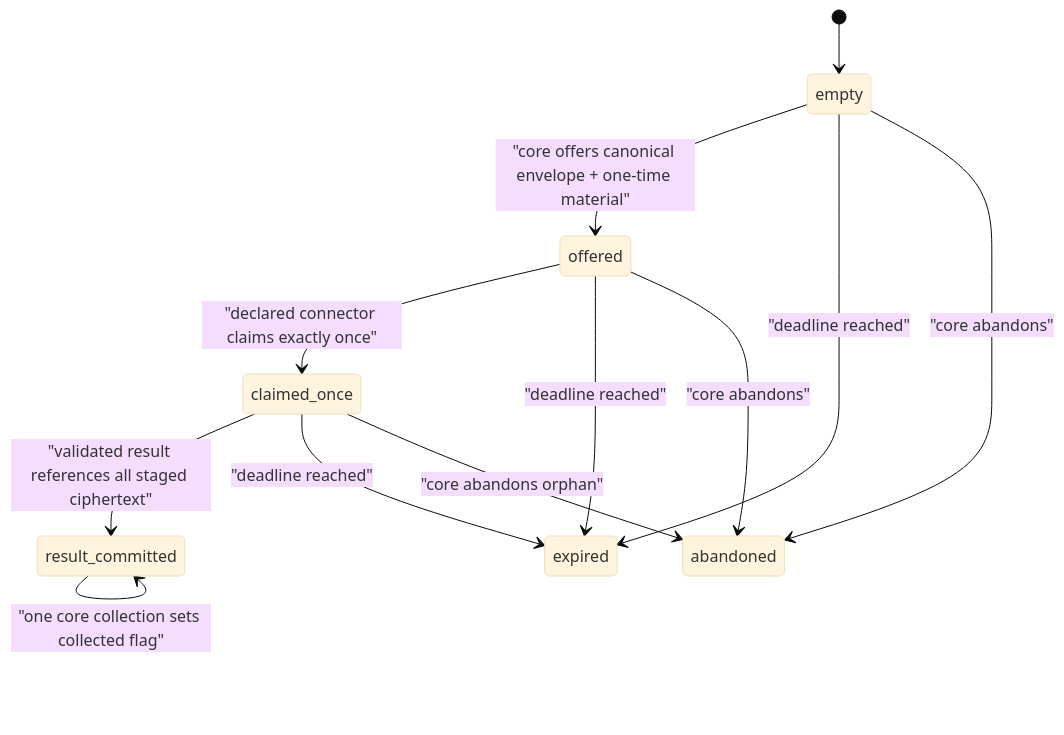
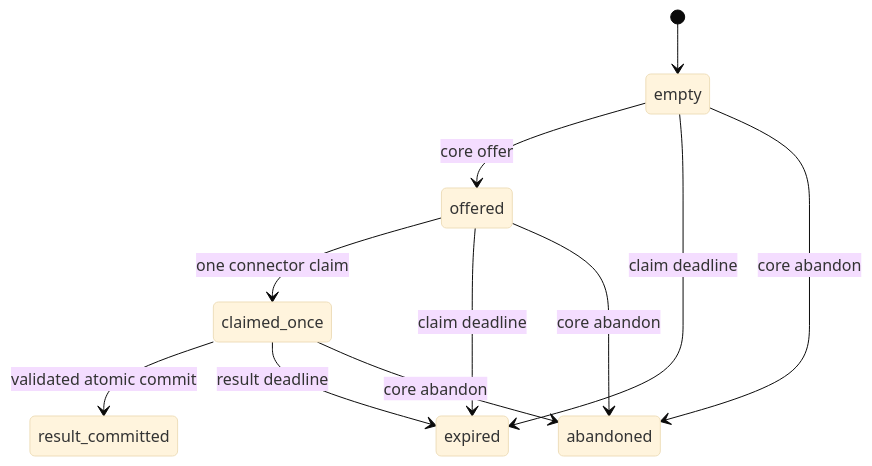
Before and after one commit to Ninja91/MyCogni: the first of 2 diagrams in docs/v1/spikes/SPIKE-RUNNER.md, drawn with Mermaid (base theme). The commit also changed other lines of this file and 15 other files, not shown here.

````diff
--- a/docs/v1/spikes/SPIKE-RUNNER.md
+++ b/docs/v1/spikes/SPIKE-RUNNER.md
@@ -46,14 +35,13 @@
 ```mermaid
 stateDiagram-v2
     [*] --> empty
-    empty --> offered: "core offers canonical envelope + one-time material"
-    offered --> claimed_once: "declared connector claims exactly once"
-    claimed_once --> result_committed: "validated result references all staged ciphertext"
-    empty --> expired: "deadline reached"
-    offered --> expired: "deadline reached"
-    claimed_once --> expired: "deadline reached"
-    empty --> abandoned: "core abandons"
-    offered --> abandoned: "core abandons"
-    claimed_once --> abandoned: "core abandons orphan"
-    result_committed --> result_committed: "one core collection sets collected flag"
+    empty --> offered: core offer
+    offered --> claimed_once: one connector claim
+    claimed_once --> result_committed: validated atomic commit
+    empty --> expired: claim deadline
+    offered --> expired: claim deadline
+    claimed_once --> expired: result deadline
+    empty --> abandoned: core abandon
+    offered --> abandoned: core abandon
+    claimed_once --> abandoned: core abandon
 ```
````
